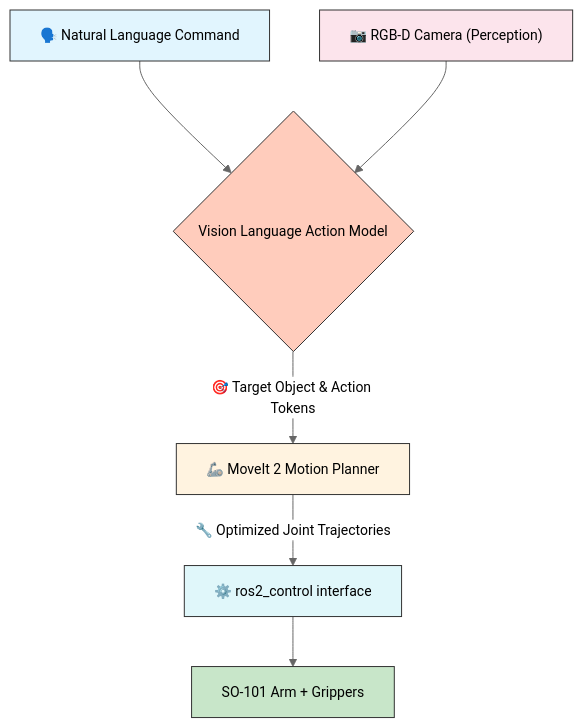
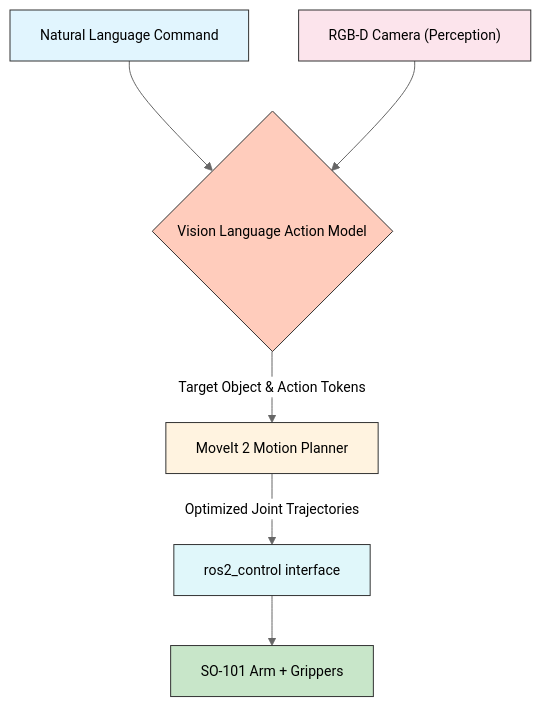
Before and after one commit to phantomrage1234/lang2pick: the diagram in README.md, drawn with Mermaid. The commit also changed other lines of this file, not shown here.

````diff
--- a/README.md
+++ b/README.md
@@ -76,29 +76,29 @@
 ```mermaid
 %%{init: {'theme': 'neutral', 'themeVariables': {
   'primaryColor': '#ffffff',
   'edgeLabelBackground':'#ffffff',
   'fontSize': '14px'
 }}}%%
 graph TD
-    A["🗣️ Natural Language Command"]
-    F["📷 RGB-D Camera (Perception)"]
+    A["Natural Language Command"]
+    F["RGB-D Camera (Perception)"]
     B{"Vision Language Action Model"}
-    C["🦾 MoveIt 2 Motion Planner"]
-    D["⚙️ ros2_control interface"]
-    E[" SO-101 Arm + Grippers"]
+    C["MoveIt 2 Motion Planner"]
+    D["ros2_control interface"]
+    E["SO-101 Arm + Grippers"]
 
     A --> B
     F --> B
-    B -->|"🎯 Target Object & Action Tokens"| C
-    C -->|"🔧 Optimized Joint Trajectories"| D
+    B -->|"Target Object & Action Tokens"| C
+    C -->|"Optimized Joint Trajectories"| D
     D --> E
 
     %% Styling (consistent look)
     style A fill:#e1f5fe,stroke:#333,stroke-width:1px
     style B fill:#ffccbc,stroke:#333,stroke-width:1px
     style C fill:#fff3e0,stroke:#333,stroke-width:1px
     style D fill:#e0f7fa,stroke:#333,stroke-width:1px
     style E fill:#c8e6c9,stroke:#333,stroke-width:1px
     style F fill:#fce4ec,stroke:#333,stroke-width:1px
 
 ```
````
